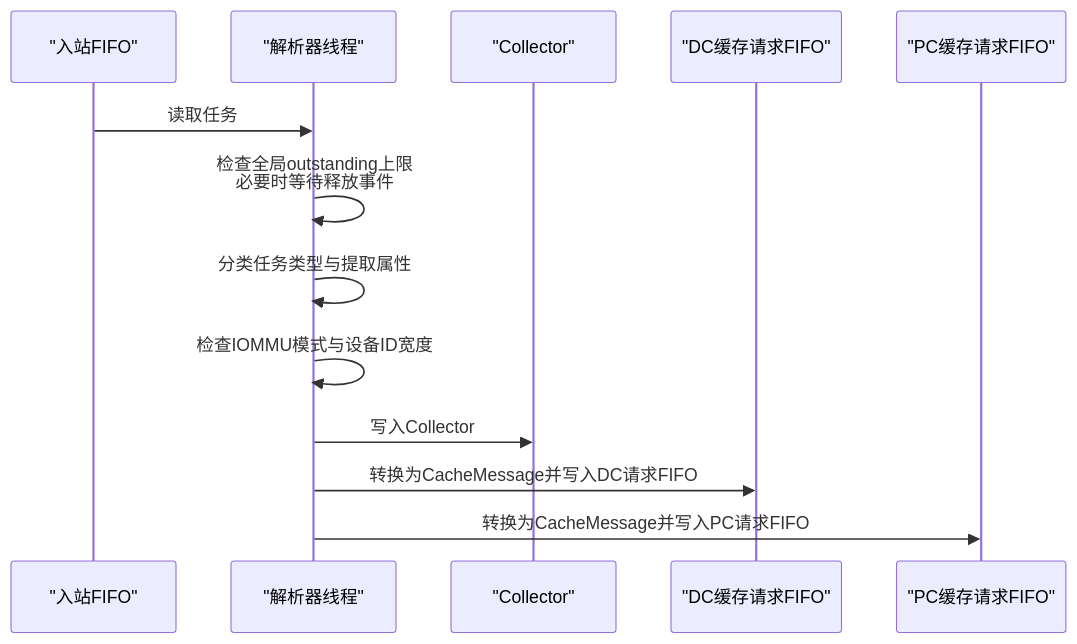
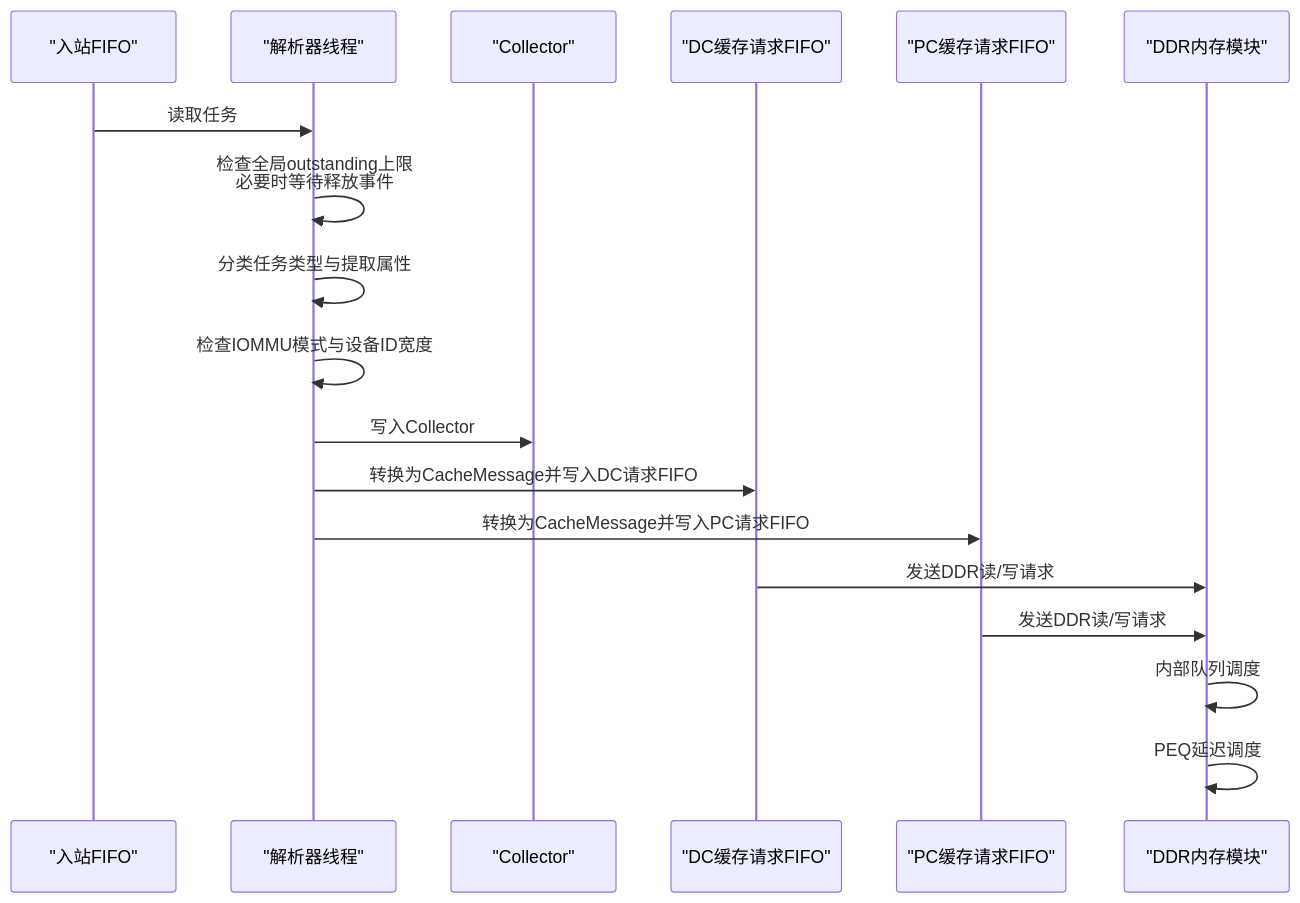
One commit to jiangjiang1122/iommu_model_20260401_v1 changed the second of 6 diagrams in .qoder/repowiki/zh/content/性能模型/性能参数配置.md. Above: the diagram before and after it, drawn with Mermaid. The commit also changed other lines of this file and 186 other files, not shown here.

````diff
--- a/.qoder/repowiki/zh/content/性能模型/性能参数配置.md
+++ b/.qoder/repowiki/zh/content/性能模型/性能参数配置.md
@@ -146,15 +163,20 @@
 ```mermaid
 sequenceDiagram
 participant IN as "入站FIFO"
 participant PR as "解析器线程"
 participant CL as "Collector"
 participant DC as "DC缓存请求FIFO"
 participant PC as "PC缓存请求FIFO"
+participant DDR as "DDR内存模块"
 IN->>PR : 读取任务
 PR->>PR : 检查全局outstanding上限<br/>必要时等待释放事件
 PR->>PR : 分类任务类型与提取属性
 PR->>PR : 检查IOMMU模式与设备ID宽度
 PR->>CL : 写入Collector
 PR->>DC : 转换为CacheMessage并写入DC请求FIFO
 PR->>PC : 转换为CacheMessage并写入PC请求FIFO
+DC->>DDR : 发送DDR读/写请求
+PC->>DDR : 发送DDR读/写请求
+DDR->>DDR : 内部队列调度
+DDR->>DDR : PEQ延迟调度
 ```
````
